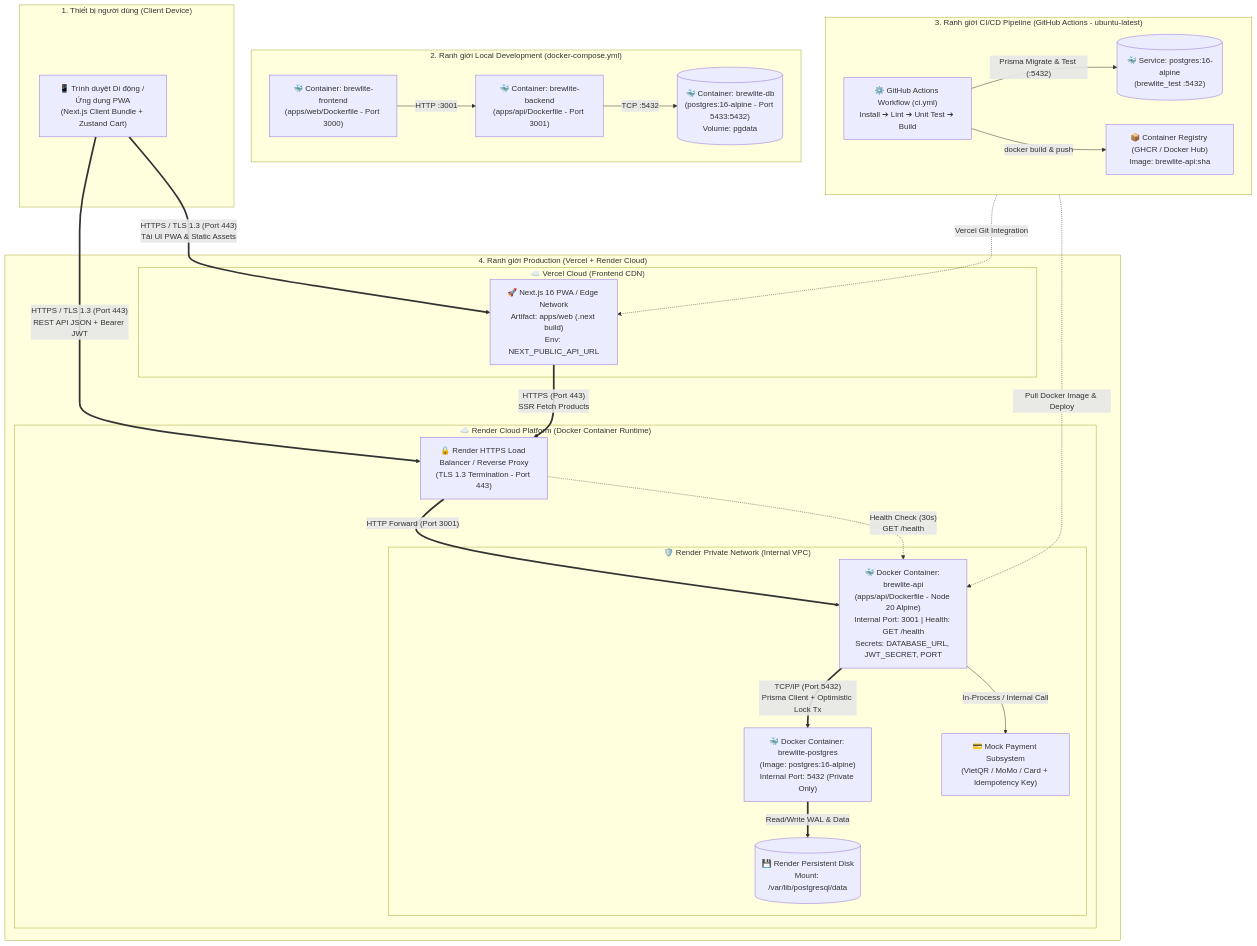
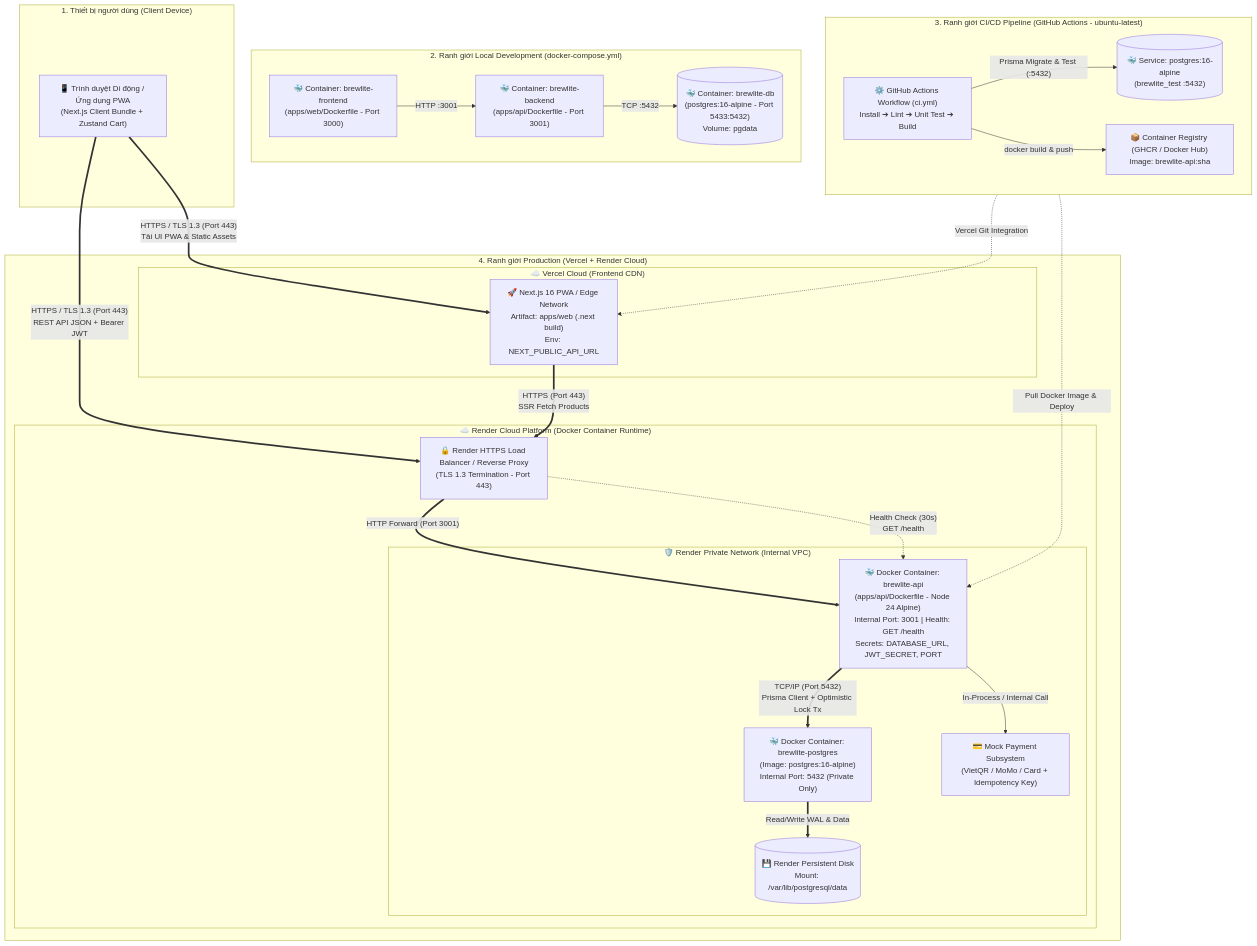
One commit to Phucdang-gif/Assignment2 changed the first of 2 diagrams in docs/deployment.md. Above: the diagram before and after it, drawn with Mermaid. The commit also changed other lines of this file and 10 other files, not shown here.

````diff
--- a/docs/deployment.md
+++ b/docs/deployment.md
@@ -38,53 +38,53 @@
 ```mermaid
 flowchart TB
     subgraph ClientTier["1. Thiết bị người dùng (Client Device)"]
         PWA["📱 Trình duyệt Di động / Ứng dụng PWA<br>(Next.js Client Bundle + Zustand Cart)"]
     end
 
     subgraph LocalEnv["2. Ranh giới Local Development (docker-compose.yml)"]
         direction LR
         LocalWeb["🐳 Container: brewlite-frontend<br>(apps/web/Dockerfile - Port 3000)"]
         LocalAPI["🐳 Container: brewlite-backend<br>(apps/api/Dockerfile - Port 3001)"]
         LocalDB[("🐳 Container: brewlite-db<br>(postgres:16-alpine - Port 5433:5432)<br>Volume: pgdata")]
         LocalWeb -->|"HTTP :3001"| LocalAPI
         LocalAPI -->|"TCP :5432"| LocalDB
     end
 
     subgraph CIEnv["3. Ranh giới CI/CD Pipeline (GitHub Actions - ubuntu-latest)"]
         direction LR
         GHActions["⚙️ GitHub Actions Workflow (ci.yml)<br>Install ➔ Lint ➔ Unit Test ➔ Build"]
         CITestDB[("🐳 Service: postgres:16-alpine<br>(brewlite_test :5432)")]
         GHCR["📦 Container Registry (GHCR / Docker Hub)<br>Image: brewlite-api:sha"]
         GHActions -->|"Prisma Migrate & Test (:5432)"| CITestDB
         GHActions -->|"docker build & push"| GHCR
     end
 
     subgraph ProdEnv["4. Ranh giới Production (Vercel + Render Cloud)"]
         subgraph VercelPlatform["☁️ Vercel Cloud (Frontend CDN)"]
             VercelEdge["🚀 Next.js 16 PWA / Edge Network<br>Artifact: apps/web (.next build)<br>Env: NEXT_PUBLIC_API_URL"]
         end
 
         subgraph RenderPlatform["☁️ Render Cloud Platform (Docker Container Runtime)"]
             RenderProxy["🔒 Render HTTPS Load Balancer / Reverse Proxy<br>(TLS 1.3 Termination - Port 443)"]
 
             subgraph RenderPrivateNet["🛡️ Render Private Network (Internal VPC)"]
-                RenderAPI["🐳 Docker Container: brewlite-api<br>(apps/api/Dockerfile - Node 20 Alpine)<br>Internal Port: 3001 | Health: GET /health<br>Secrets: DATABASE_URL, JWT_SECRET, PORT"]
+                RenderAPI["🐳 Docker Container: brewlite-api<br>(apps/api/Dockerfile - Node 24 Alpine)<br>Internal Port: 3001 | Health: GET /health<br>Secrets: DATABASE_URL, JWT_SECRET, PORT"]
                 RenderDB["🐳 Docker Container: brewlite-postgres<br>(Image: postgres:16-alpine)<br>Internal Port: 5432 (Private Only)"]
                 RenderDisk[("💾 Render Persistent Disk<br>Mount: /var/lib/postgresql/data")]
                 MockPay["💳 Mock Payment Subsystem<br>(VietQR / MoMo / Card + Idempotency Key)"]
             end
         end
     end
 
     PWA ==>|"HTTPS / TLS 1.3 (Port 443)<br>Tải UI PWA & Static Assets"| VercelEdge
     PWA ==>|"HTTPS / TLS 1.3 (Port 443)<br>REST API JSON + Bearer JWT"| RenderProxy
     VercelEdge ==>|"HTTPS (Port 443)<br>SSR Fetch Products"| RenderProxy
     RenderProxy ==>|"HTTP Forward (Port 3001)"| RenderAPI
     RenderProxy -.->|"Health Check (30s)<br>GET /health"| RenderAPI
     RenderAPI ==>|"TCP/IP (Port 5432)<br>Prisma Client + Optimistic Lock Tx"| RenderDB
     RenderDB ==>|"Read/Write WAL & Data"| RenderDisk
     RenderAPI -->|"In-Process / Internal Call"| MockPay
 
     GHActions -.->|"Vercel Git Integration"| VercelEdge
     GHCR -.->|"Pull Docker Image & Deploy"| RenderAPI
 ```
````
